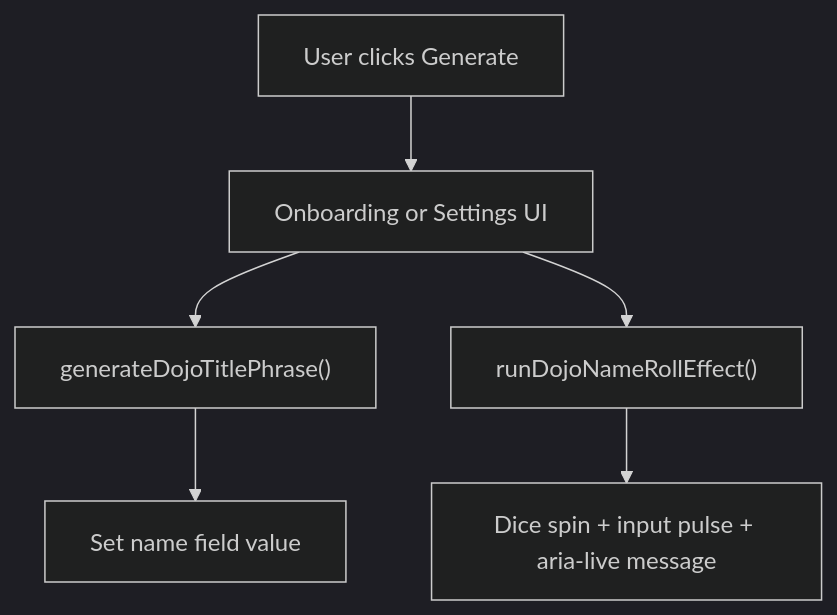
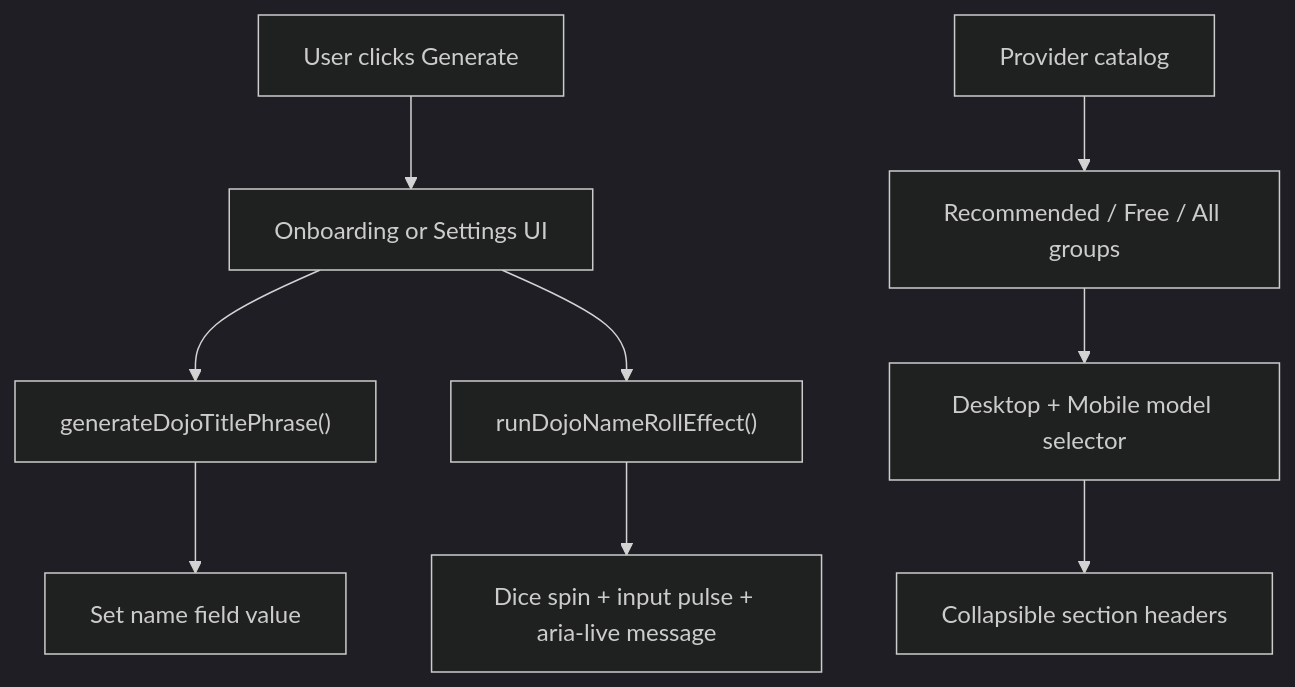
Before and after one commit to seintun/sifu_quest: the diagram in docs/project/dojo-name-generator-pr.md, drawn with Mermaid (dark theme). The commit also changed other lines of this file and 2 other files, not shown here.

Commit message:
docs(openrouter): document collapsible model groups and free section

````diff
--- a/docs/project/dojo-name-generator-pr.md
+++ b/docs/project/dojo-name-generator-pr.md
@@ -77,8 +85,11 @@
 ```mermaid
 flowchart TD
   USER["User clicks Generate"] --> UI["Onboarding or Settings UI"]
   UI --> UTIL["generateDojoTitlePhrase()"]
   UTIL --> NAME["Set name field value"]
   UI --> FX["runDojoNameRollEffect()"]
   FX --> FEEDBACK["Dice spin + input pulse + aria-live message"]
+  CATALOG["Provider catalog"] --> GROUPS["Recommended / Free / All groups"]
+  GROUPS --> CONTROLS["Desktop + Mobile model selector"]
+  CONTROLS --> TOGGLES["Collapsible section headers"]
 ```
````
